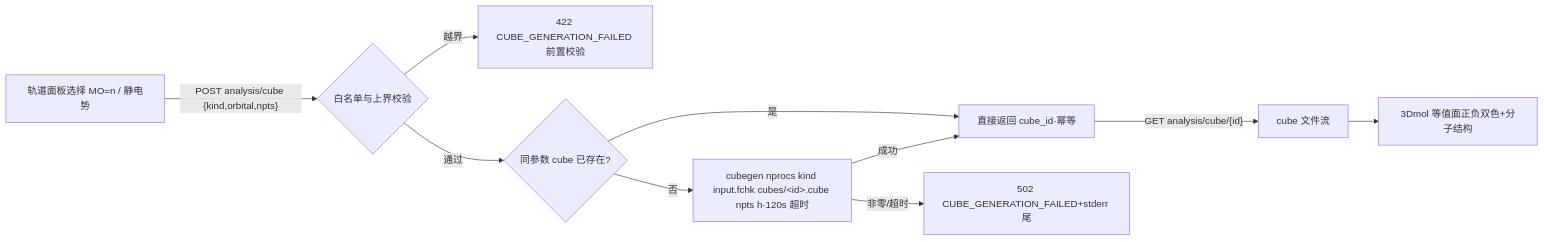
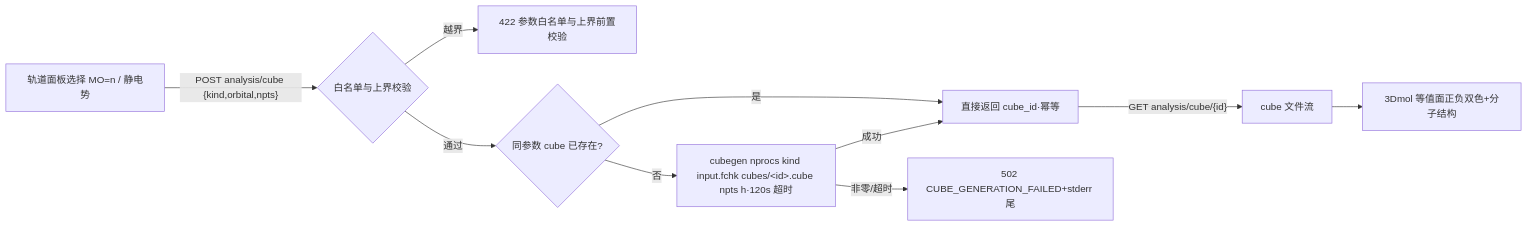
The third of 3 diagrams in docs/plans/m3-plan.md (baizhancaiji/gauforge), drawn with Mermaid before and after one commit. The commit also changed other lines of this file and 1 other file, not shown here.

````diff
--- a/docs/plans/m3-plan.md
+++ b/docs/plans/m3-plan.md
@@ -462,12 +464,12 @@
 ```mermaid
 flowchart LR
     SEL[轨道面板选择 MO=n / 静电势] -->|"POST analysis/cube {kind,orbital,npts}"| VAL{白名单与上界校验}
-    VAL -->|越界| E422[422 CUBE_GENERATION_FAILED 前置校验]
+    VAL -->|越界| E422[422 参数白名单与上界前置校验]
     VAL -->|通过| HIT{同参数 cube 已存在?}
     HIT -->|是| RET[直接返回 cube_id·幂等]
     HIT -->|否| RUN[cubegen nprocs kind input.fchk cubes/&lt;id&gt;.cube npts h·120s 超时]
     RUN -->|非零/超时| E502[502 CUBE_GENERATION_FAILED+stderr 尾]
     RUN -->|成功| RET
     RET -->|"GET analysis/cube/{id}"| STREAM[cube 文件流]
     STREAM --> V[3Dmol 等值面正负双色+分子结构]
 ```
````
